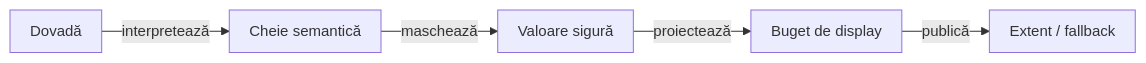
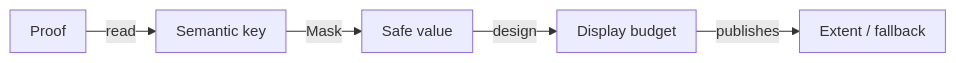
One commit to crististefanita/atf_j0 changed the diagram in atf-reporting/src/main/java/atf/reporting/security/README.md. Above: the diagram before and after it, drawn with Mermaid. The commit also changed other lines of this file and 113 other files, not shown here.

````diff
--- a/atf-reporting/src/main/java/atf/reporting/security/README.md
+++ b/atf-reporting/src/main/java/atf/reporting/security/README.md
@@ -19,8 +23,8 @@
 ```mermaid
 %%{init: {"themeVariables":{"fontSize":"15px"},"themeCSS":".nodeLabel, .nodeLabel p { font-size: 15px !important; line-height: 1.35 !important; } .edgeLabel, .edgeLabel p { font-size: 12px !important; font-weight: 400 !important; line-height: 1.2 !important; } .edgeLabel .labelBkg, .edgeLabel p { background: transparent !important; } .edgeLabel foreignObject { transform: translateY(-18px); overflow: visible; } .node rect { rx: 6px; ry: 6px; }","flowchart":{"curve":"linear","nodeSpacing":24,"rankSpacing":40,"padding":10,"diagramPadding":16}}}%%
 flowchart LR
-    Input["Dovadă"] -->|interpretează| Key["Cheie semantică"]
-    Key -->|maschează| Safe["Valoare sigură"]
-    Safe -->|proiectează| Budget["Buget de display"]
-    Budget -->|publică| HTML["Extent / fallback"]
+    Input["Proof"] -->|read| Key["Semantic key"]
+    Key -->|Mask| Safe["Safe value"]
+    Safe -->|design| Budget["Display budget"]
+    Budget -->|publishes| HTML["Extent / fallback"]
 ```
````
